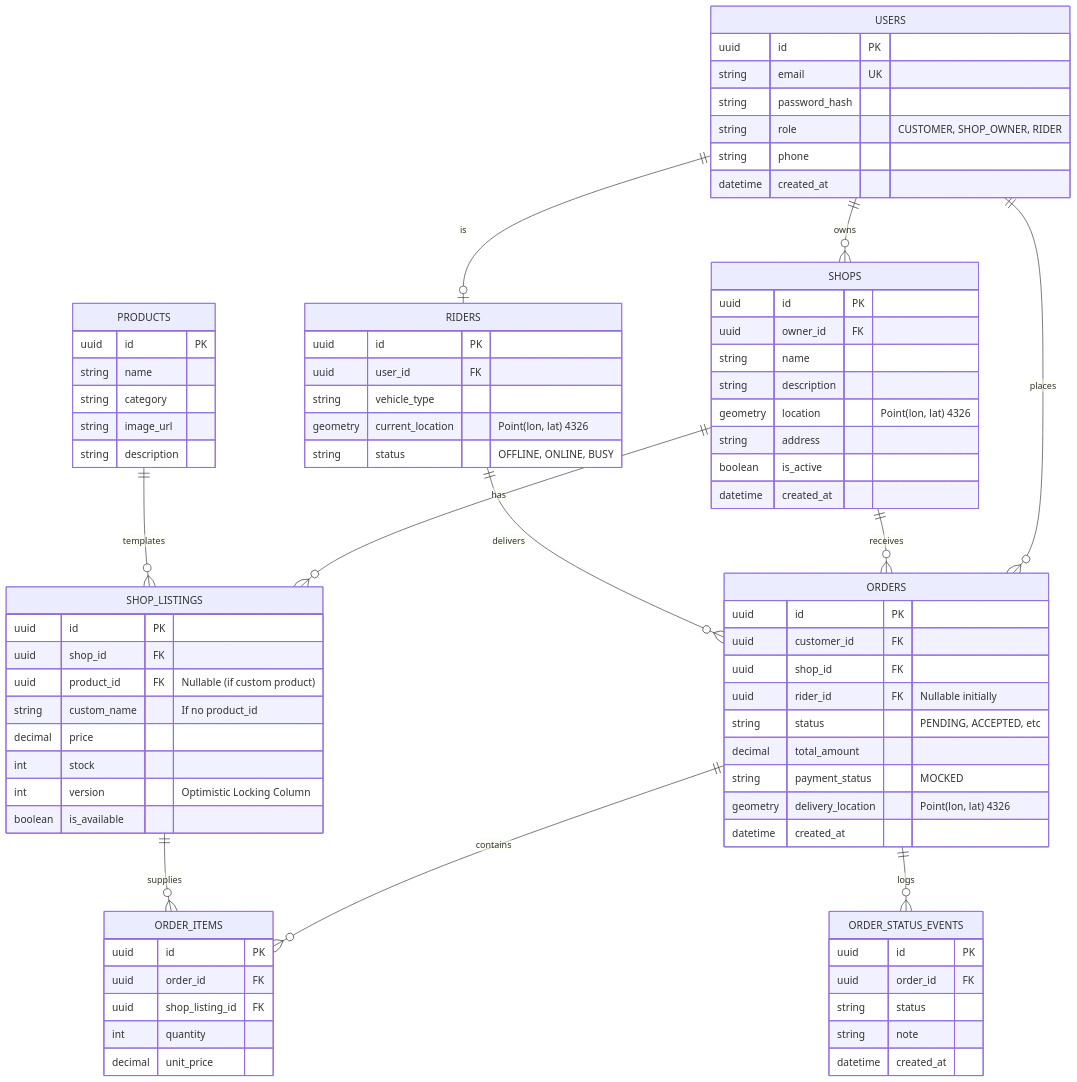
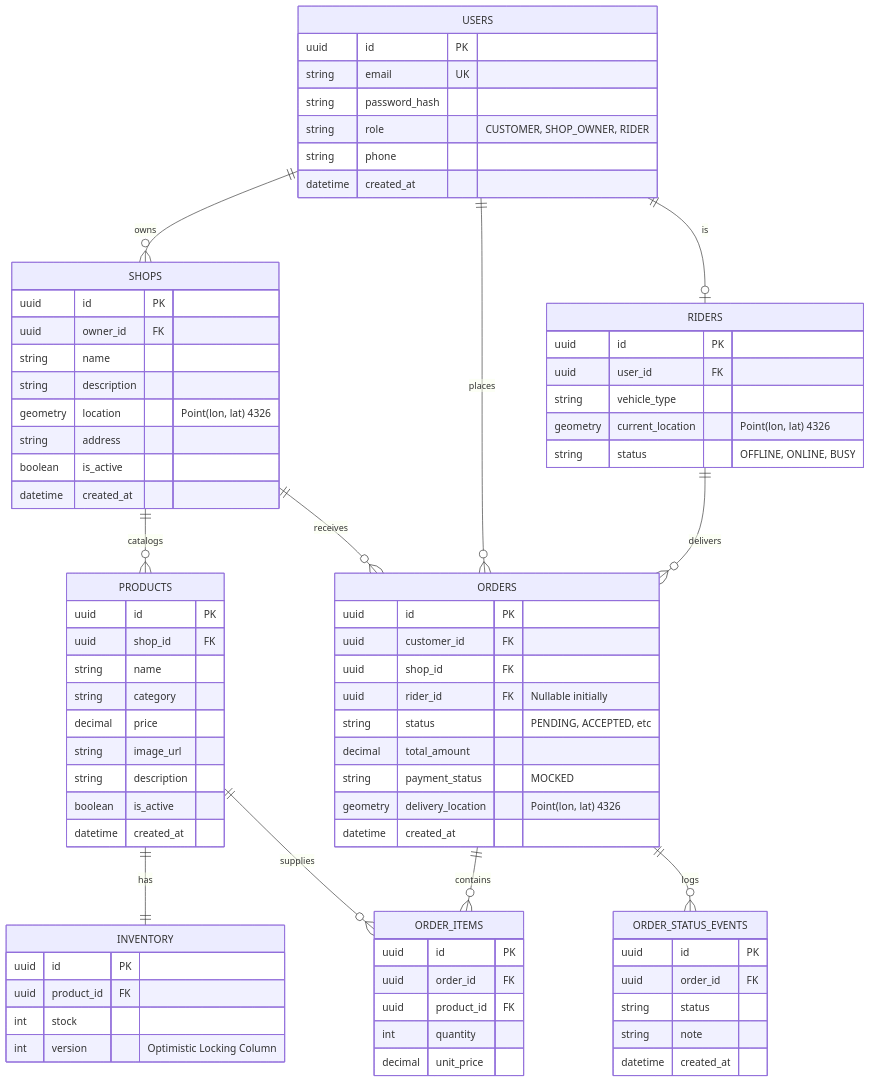
Before and after one commit to sagarraj0570/dukaanly: the diagram in docs/DATABASE_DESIGN.md, drawn with Mermaid. The commit also changed other lines of this file and 2 other files, not shown here.

Commit message:
docs: reconcile architecture documentation with implemented product model

```diff
--- a/docs/DATABASE_DESIGN.md
+++ b/docs/DATABASE_DESIGN.md
@@ -11,16 +11,15 @@
     USERS ||--o{ ORDERS : places
     USERS ||--o| RIDERS : is
     
-    SHOPS ||--o{ SHOP_LISTINGS : has
+    SHOPS ||--o{ PRODUCTS : catalogs
     SHOPS ||--o{ ORDERS : receives
     
-    PRODUCTS ||--o{ SHOP_LISTINGS : templates
+    PRODUCTS ||--|| INVENTORY : has
+    PRODUCTS ||--o{ ORDER_ITEMS : supplies
     
     ORDERS ||--o{ ORDER_ITEMS : contains
     ORDERS ||--o{ ORDER_STATUS_EVENTS : logs
     RIDERS ||--o{ ORDERS : delivers
-    
-    SHOP_LISTINGS ||--o{ ORDER_ITEMS : supplies
     
     USERS {
         uuid id PK
@@ -44,21 +43,21 @@
 
     PRODUCTS {
         uuid id PK
+        uuid shop_id FK
         string name
         string category
+        decimal price
         string image_url
         string description
+        boolean is_active
+        datetime created_at
     }
 
-    SHOP_LISTINGS {
+    INVENTORY {
         uuid id PK
-        uuid shop_id FK
-        uuid product_id FK "Nullable (if custom product)"
-        string custom_name "If no product_id"
-        decimal price
+        uuid product_id FK
         int stock
         int version "Optimistic Locking Column"
-        boolean is_available
     }
 
     ORDERS {
@@ -76,7 +75,7 @@
     ORDER_ITEMS {
         uuid id PK
         uuid order_id FK
-        uuid shop_listing_id FK
+        uuid product_id FK
         int quantity
         decimal unit_price
     }
```
